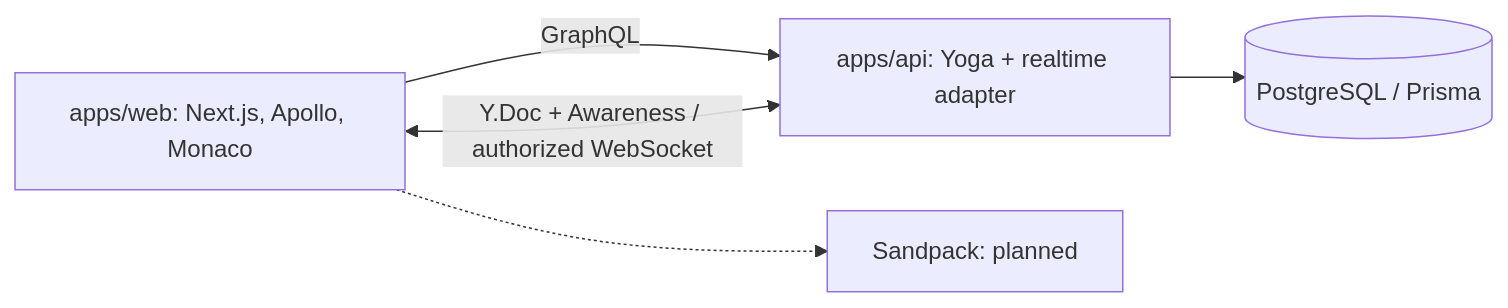
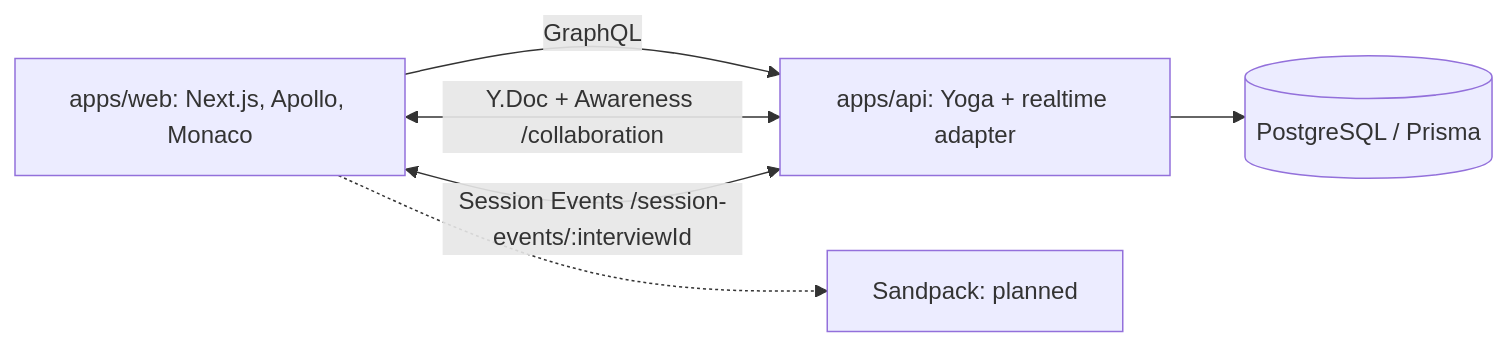
One commit to Milo78k/codemeet changed the diagram in README.md. Above: the diagram before and after it, drawn with Mermaid. The commit also changed other lines of this file and 18 other files, not shown here.

Commit message:
feat: add realtime interview session events

````diff
--- a/README.md
+++ b/README.md
@@ -30,7 +30,8 @@
 ```mermaid
 flowchart LR
   Web["apps/web: Next.js, Apollo, Monaco"] -->|GraphQL| API
-  Web <-->|"Y.Doc + Awareness / authorized WebSocket"| API
+  Web <-->|"Y.Doc + Awareness /collaboration"| API
+  Web <-->|"Session Events /session-events/:interviewId"| API
   API["apps/api: Yoga + realtime adapter"] --> DB[("PostgreSQL / Prisma")]
   Web -.-> Runner["Sandpack: planned"]
 ```
````
